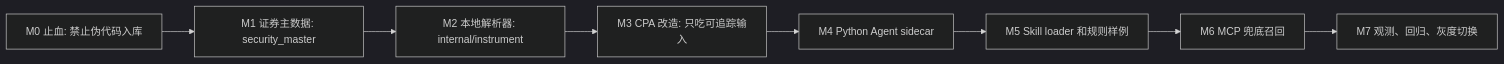
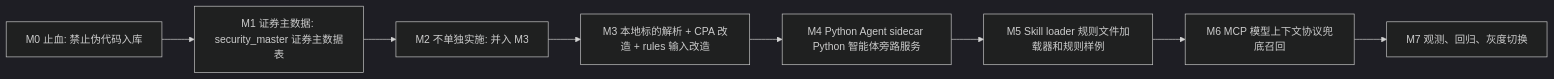
One commit to LoliWolf/finance-sys changed the fifth of 5 diagrams in docs/agent_instrument_resolution_feishu.md. Above: the diagram before and after it, drawn with Mermaid (dark theme). The commit also changed other lines of this file and 19 other files, not shown here.

First line of the commit message:
feat: add security master and alias management, fix naming convention issues

````diff
--- a/docs/agent_instrument_resolution_feishu.md
+++ b/docs/agent_instrument_resolution_feishu.md
@@ -947,10 +975,10 @@
 ```mermaid
 flowchart LR
-    M0[M0 止血: 禁止伪代码入库] --> M1[M1 证券主数据: security_master]
-    M1 --> M2[M2 本地解析器: internal/instrument]
-    M2 --> M3[M3 CPA 改造: 只吃可追踪输入]
-    M3 --> M4[M4 Python Agent sidecar]
-    M4 --> M5[M5 Skill loader 和规则样例]
-    M5 --> M6[M6 MCP 兜底召回]
+    M0[M0 止血: 禁止伪代码入库] --> M1[M1 证券主数据: security_master 证券主数据表]
+    M1 --> M2[M2 不单独实施: 并入 M3]
+    M2 --> M3[M3 本地标的解析 + CPA 改造 + rules 输入改造]
+    M3 --> M4[M4 Python Agent sidecar Python 智能体旁路服务]
+    M4 --> M5[M5 Skill loader 规则文件加载器和规则样例]
+    M5 --> M6[M6 MCP 模型上下文协议兜底召回]
     M6 --> M7[M7 观测、回归、灰度切换]
 ```
````
